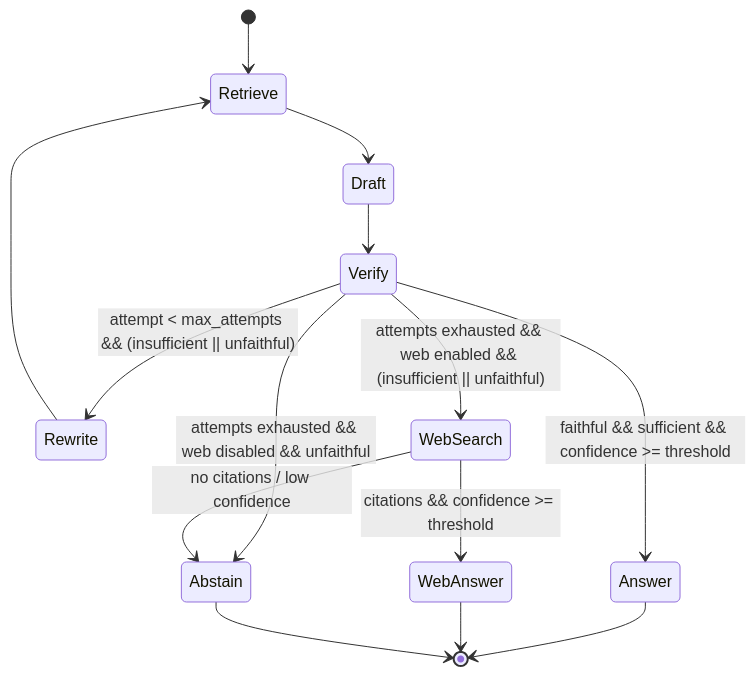
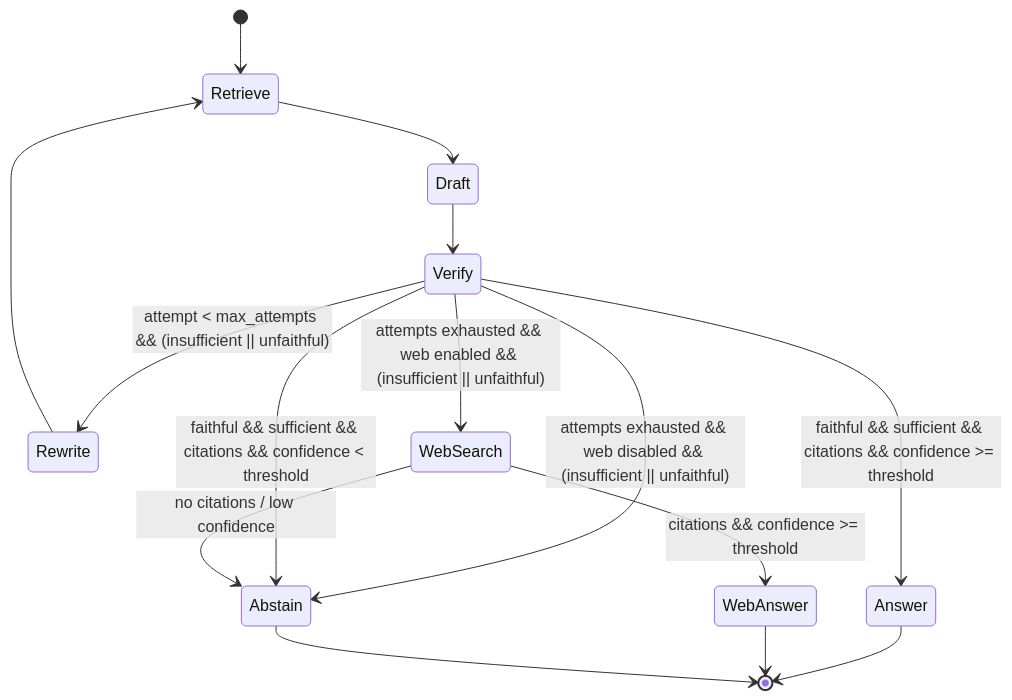
The third of 4 diagrams in docs/ARCHITECTURE.md (samuelbagin1/doc-ai-assistent), drawn with Mermaid before and after one commit. The commit also changed other lines of this file and 3 other files, not shown here.

Commit message:
refactor: conditional edges bu state diagram

````diff
--- a/docs/ARCHITECTURE.md
+++ b/docs/ARCHITECTURE.md
@@ -110,16 +110,17 @@
 ```mermaid
 stateDiagram-v2
     [*] --> Retrieve
     Retrieve --> Draft
     Draft --> Verify
-    Verify --> Answer: faithful && sufficient && confidence >= threshold
+    Verify --> Answer: faithful && sufficient && citations && confidence >= threshold
     Verify --> Rewrite: attempt < max_attempts && (insufficient || unfaithful)
     Rewrite --> Retrieve
     Verify --> WebSearch: attempts exhausted && web enabled && (insufficient || unfaithful)
-    Verify --> Abstain: attempts exhausted && web disabled && unfaithful
+    Verify --> Abstain: attempts exhausted && web disabled && (insufficient || unfaithful)
+    Verify --> Abstain: faithful && sufficient && citations && confidence < threshold
     WebSearch --> WebAnswer: citations && confidence >= threshold
     WebSearch --> Abstain: no citations / low confidence
     Answer --> [*]
     WebAnswer --> [*]
     Abstain --> [*]
 ```
````
